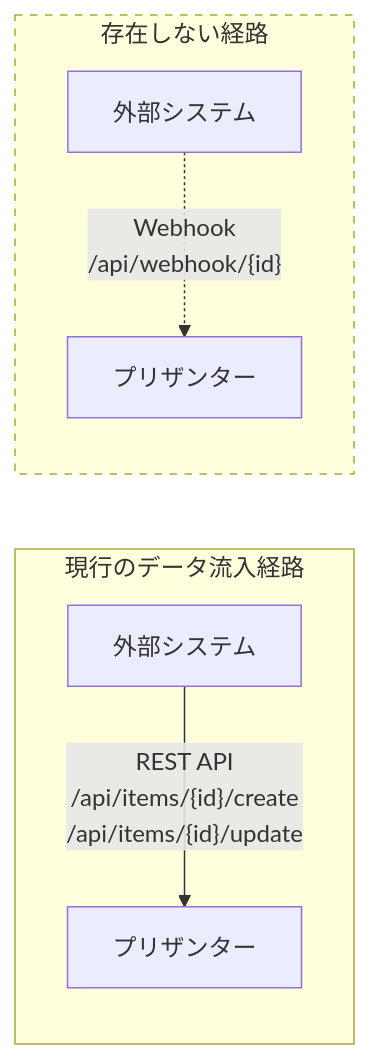
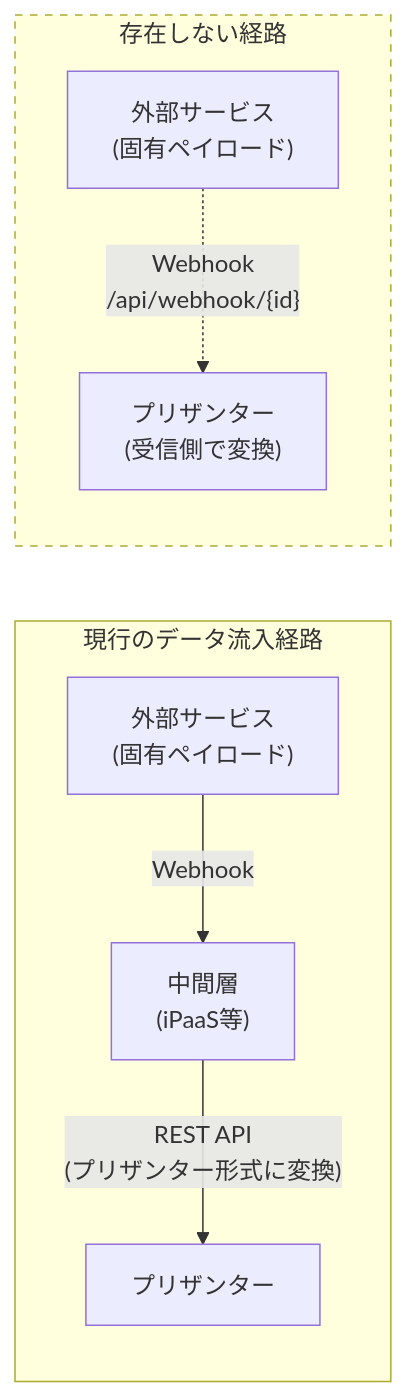
The second of 7 diagrams in docs/research/03-データ操作・API/006-Webhook・iPaaS連携の実現可能性調査.md (vehiclevisionjp/VehicleVision.Pleasanter.ResearchDocuments), drawn with Mermaid before and after one commit. The commit also changed other lines of this file and 1 other file, not shown here.

````diff
--- a/docs/research/03-データ操作・API/006-Webhook・iPaaS連携の実現可能性調査.md
+++ b/docs/research/03-データ操作・API/006-Webhook・iPaaS連携の実現可能性調査.md
@@ -315,11 +319,11 @@
 ```mermaid
 flowchart LR
     subgraph Current["現行のデータ流入経路"]
-        EXT["外部システム"] -->|"REST API\n/api/items/{id}/create\n/api/items/{id}/update"| PL["プリザンター"]
+        EXT["外部サービス\n(固有ペイロード)"] -->|"Webhook"| MID["中間層\n(iPaaS等)"] -->|"REST API\n(プリザンター形式に変換)"| PL["プリザンター"]
     end
     subgraph Missing["存在しない経路"]
-        EXT2["外部システム"] -. "Webhook\n/api/webhook/{id}" .-> PL2["プリザンター"]
+        EXT2["外部サービス\n(固有ペイロード)"] -. "Webhook\n/api/webhook/{id}" .-> PL2["プリザンター\n(受信側で変換)"]
     end
 
     style Missing stroke-dasharray: 5 5
 ```
````
